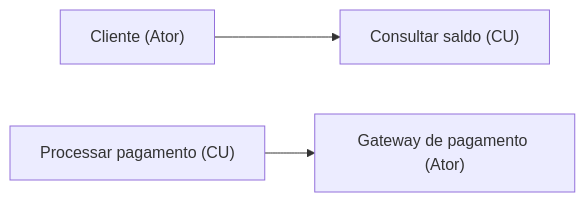
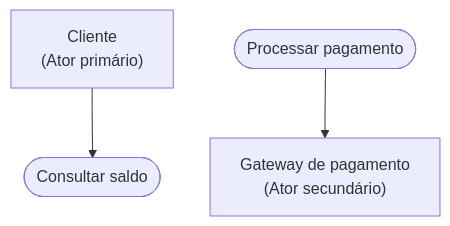
Before and after one commit to leorruas/puc: the fourth of 11 diagrams in 07. Engenharia de Requisitos/08. Modelagem de requisitos com casos de uso e especificações textuais.md, drawn with Mermaid. The commit also changed other lines of this file, not shown here.

Commit message:
style: alinha diagramas mermaid da aula de casos de uso com regras verticais

````diff
--- a/07. Engenharia de Requisitos/08. Modelagem de requisitos com casos de uso e especificações textuais.md
+++ b/07. Engenharia de Requisitos/08. Modelagem de requisitos com casos de uso e especificações textuais.md
@@ -128,5 +126,5 @@
 ```mermaid
-flowchart LR
-    Cliente["Cliente (Ator)"] --> UC1["Consultar saldo (CU)"]
-    UC2["Processar pagamento (CU)"] --> Gateway["Gateway de pagamento (Ator)"]
+flowchart TD
+    Cliente["Cliente<br>(Ator primário)"] --> UC1(["Consultar saldo"])
+    UC2(["Processar pagamento"]) --> Gateway["Gateway de pagamento<br>(Ator secundário)"]
 ```
````
